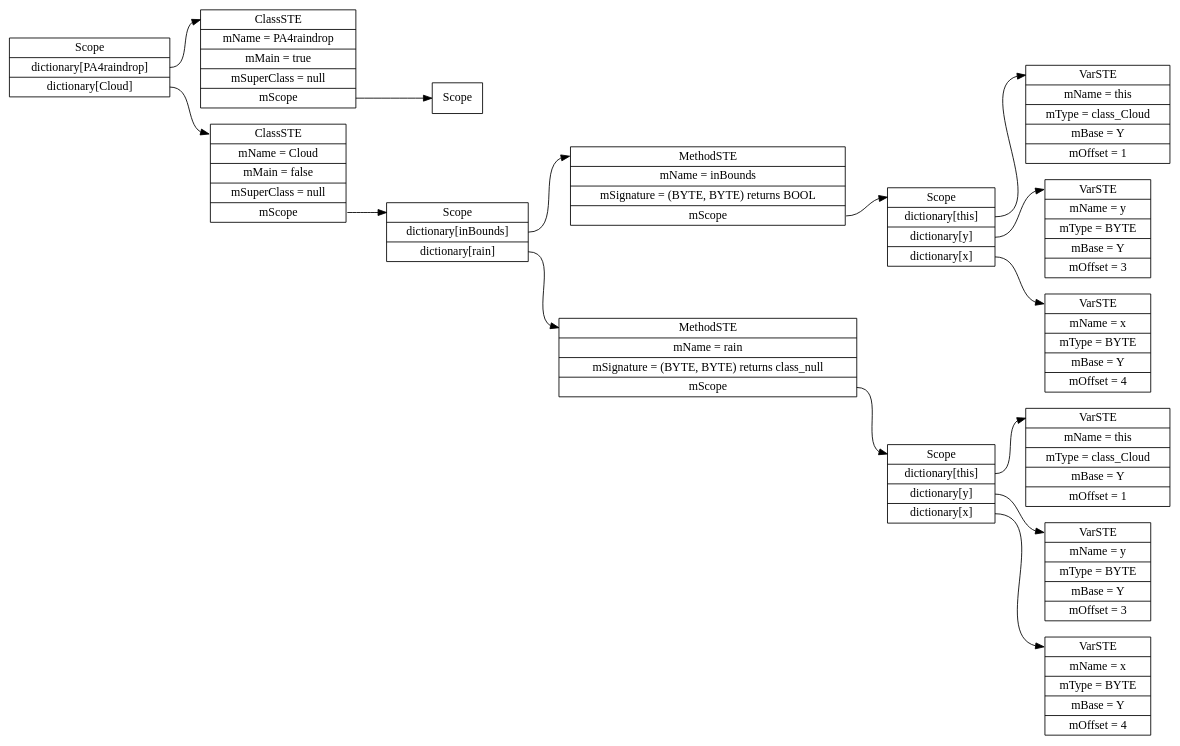
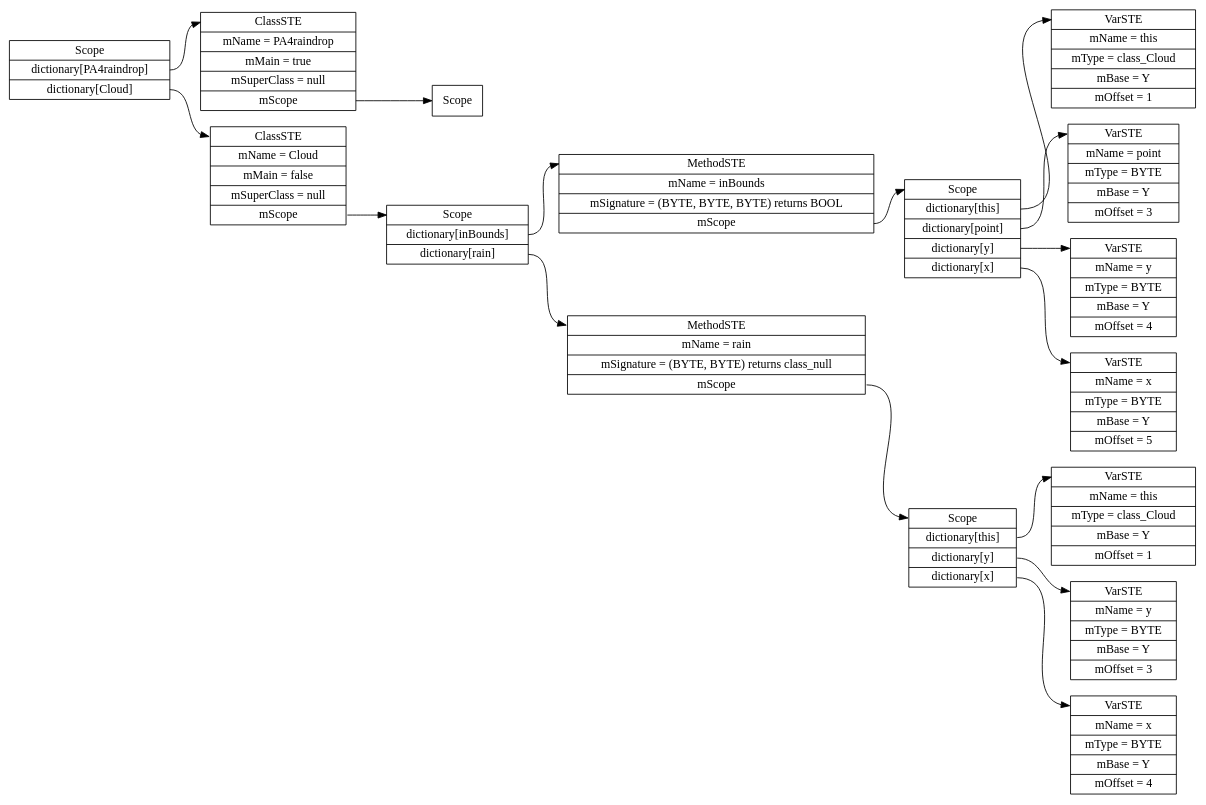
Before and after one commit to karmaUdel/Meggy-Java-Compiler: the diagram in tst/PA4raindrop.java.ST.dot, drawn with Graphviz. The commit also changed 7 other files, not shown here.

```diff
--- a/tst/PA4raindrop.java.ST.dot
+++ b/tst/PA4raindrop.java.ST.dot
@@ -1,33 +1,35 @@
 digraph SymTable {
 	graph [rankdir="LR"];
 	node [shape=record];
 	0 [label=" <f0> Scope | <f1> dictionary\[PA4raindrop\] | <f2> dictionary\[Cloud\] "];
 	0:<f1> -> 1:<f0>;
 	1 [label=" <f0> ClassSTE | <f1> mName = PA4raindrop| <f2> mMain = true| <f3> mSuperClass = null| <f4> mScope "];
 	1:<f4> -> 2:<f0>;
 	2 [label=" <f0> Scope "];
 	0:<f2> -> 3:<f0>;
 	3 [label=" <f0> ClassSTE | <f1> mName = Cloud| <f2> mMain = false| <f3> mSuperClass = null| <f4> mScope "];
 	3:<f4> -> 4:<f0>;
 	4 [label=" <f0> Scope | <f1> dictionary\[inBounds\] | <f2> dictionary\[rain\] "];
 	4:<f1> -> 5:<f0>;
-	5 [label=" <f0> MethodSTE | <f1> mName = inBounds| <f2> mSignature = (BYTE, BYTE) returns BOOL| <f3> mScope "];
+	5 [label=" <f0> MethodSTE | <f1> mName = inBounds| <f2> mSignature = (BYTE, BYTE, BYTE) returns BOOL| <f3> mScope "];
 	5:<f3> -> 6:<f0>;
-	6 [label=" <f0> Scope | <f1> dictionary\[this\] | <f2> dictionary\[y\] | <f3> dictionary\[x\] "];
+	6 [label=" <f0> Scope | <f1> dictionary\[this\] | <f2> dictionary\[point\] | <f3> dictionary\[y\] | <f4> dictionary\[x\] "];
 	6:<f1> -> 7:<f0>;
 	7 [label=" <f0> VarSTE | <f1> mName = this| <f2> mType = class_Cloud| <f3> mBase = Y| <f4> mOffset = 1"];
 	6:<f2> -> 8:<f0>;
-	8 [label=" <f0> VarSTE | <f1> mName = y| <f2> mType = BYTE| <f3> mBase = Y| <f4> mOffset = 3"];
+	8 [label=" <f0> VarSTE | <f1> mName = point| <f2> mType = BYTE| <f3> mBase = Y| <f4> mOffset = 3"];
 	6:<f3> -> 9:<f0>;
-	9 [label=" <f0> VarSTE | <f1> mName = x| <f2> mType = BYTE| <f3> mBase = Y| <f4> mOffset = 4"];
-	4:<f2> -> 10:<f0>;
-	10 [label=" <f0> MethodSTE | <f1> mName = rain| <f2> mSignature = (BYTE, BYTE) returns class_null| <f3> mScope "];
-	10:<f3> -> 11:<f0>;
-	11 [label=" <f0> Scope | <f1> dictionary\[this\] | <f2> dictionary\[y\] | <f3> dictionary\[x\] "];
-	11:<f1> -> 12:<f0>;
-	12 [label=" <f0> VarSTE | <f1> mName = this| <f2> mType = class_Cloud| <f3> mBase = Y| <f4> mOffset = 1"];
-	11:<f2> -> 13:<f0>;
-	13 [label=" <f0> VarSTE | <f1> mName = y| <f2> mType = BYTE| <f3> mBase = Y| <f4> mOffset = 3"];
-	11:<f3> -> 14:<f0>;
-	14 [label=" <f0> VarSTE | <f1> mName = x| <f2> mType = BYTE| <f3> mBase = Y| <f4> mOffset = 4"];
+	9 [label=" <f0> VarSTE | <f1> mName = y| <f2> mType = BYTE| <f3> mBase = Y| <f4> mOffset = 4"];
+	6:<f4> -> 10:<f0>;
+	10 [label=" <f0> VarSTE | <f1> mName = x| <f2> mType = BYTE| <f3> mBase = Y| <f4> mOffset = 5"];
+	4:<f2> -> 11:<f0>;
+	11 [label=" <f0> MethodSTE | <f1> mName = rain| <f2> mSignature = (BYTE, BYTE) returns class_null| <f3> mScope "];
+	11:<f3> -> 12:<f0>;
+	12 [label=" <f0> Scope | <f1> dictionary\[this\] | <f2> dictionary\[y\] | <f3> dictionary\[x\] "];
+	12:<f1> -> 13:<f0>;
+	13 [label=" <f0> VarSTE | <f1> mName = this| <f2> mType = class_Cloud| <f3> mBase = Y| <f4> mOffset = 1"];
+	12:<f2> -> 14:<f0>;
+	14 [label=" <f0> VarSTE | <f1> mName = y| <f2> mType = BYTE| <f3> mBase = Y| <f4> mOffset = 3"];
+	12:<f3> -> 15:<f0>;
+	15 [label=" <f0> VarSTE | <f1> mName = x| <f2> mType = BYTE| <f3> mBase = Y| <f4> mOffset = 4"];
 }
```
